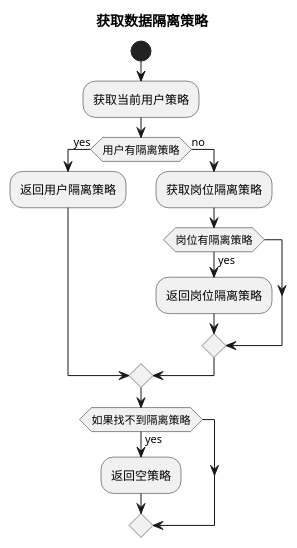
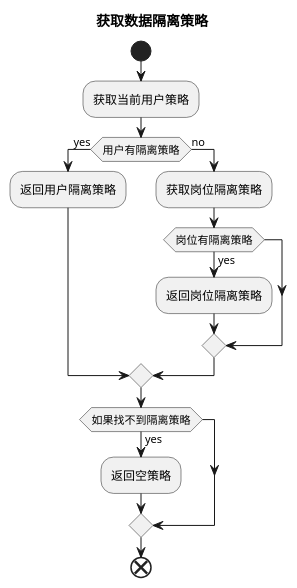
One commit to mineadmin/doc-v3 changed the diagram in docs/zh/backend/data-permission/config.md. Above: the diagram before and after it, drawn with PlantUML. The commit also changed other lines of this file, not shown here.

Commit message:
fix: 修复 UML 语法错误，确保正确结束图形定义

````diff
--- a/docs/zh/backend/data-permission/config.md
+++ b/docs/zh/backend/data-permission/config.md
@@ -19,20 +19,22 @@
 ```plantuml
 @startuml
 title 获取数据隔离策略
 start
 :获取当前用户策略;
 if (用户有隔离策略) then (yes)
     :返回用户隔离策略;
 else (no)
     :获取岗位隔离策略;
     if (岗位有隔离策略) then (yes)
         :返回岗位隔离策略;
     endif
 endif
 
 if(如果找不到隔离策略) then (yes)
     :返回空策略;
 endif
 
-@end
+end
+
+@enduml
 ```
````
